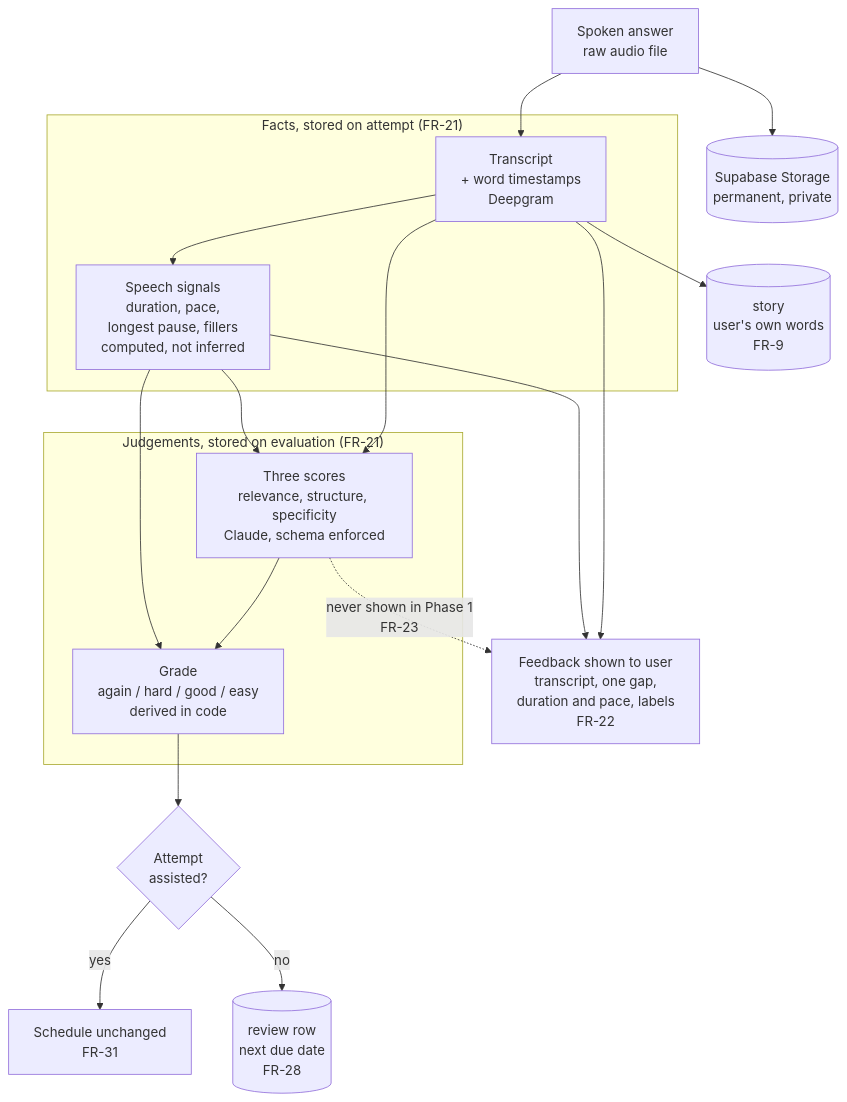
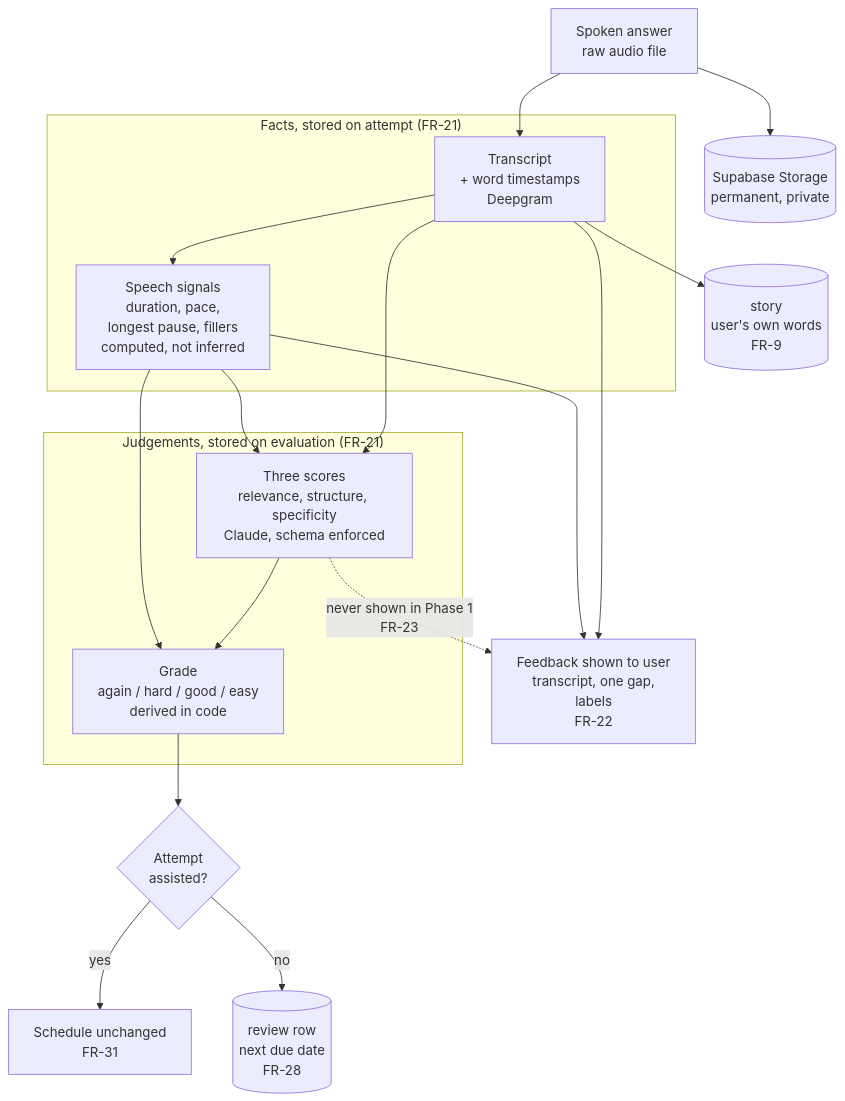
Before and after one commit to deshanekanayaka/retell: the second of 2 diagrams in docs/02-system-architecture.md, drawn with Mermaid. The commit also changed 4 other files, not shown here.

First line of the commit message:
docs: ADR-016, the feedback screen shows no duration or pace

````diff
--- a/docs/02-system-architecture.md
+++ b/docs/02-system-architecture.md
@@ -124,31 +124,31 @@
 ```mermaid
 flowchart TD
     A[Spoken answer<br/>raw audio file] --> ST[(Supabase Storage<br/>permanent, private)]
     A --> T
 
     subgraph FACTS["Facts, stored on attempt (FR-21)"]
         T[Transcript<br/>+ word timestamps<br/>Deepgram]
         SIG[Speech signals<br/>duration, pace,<br/>longest pause, fillers<br/>computed, not inferred]
         T --> SIG
     end
 
     subgraph JUDGE["Judgements, stored on evaluation (FR-21)"]
         SC[Three scores<br/>relevance, structure, specificity<br/>Claude, schema enforced]
         G[Grade<br/>again / hard / good / easy<br/>derived in code]
         SC --> G
     end
 
     T --> SC
     SIG --> SC
     SIG --> G
 
     G --> AS{Attempt<br/>assisted?}
     AS -- yes --> X[Schedule unchanged<br/>FR-31]
     AS -- no --> R[(review row<br/>next due date<br/>FR-28)]
 
-    T --> FB[Feedback shown to user<br/>transcript, one gap,<br/>duration and pace, labels<br/>FR-22]
+    T --> FB[Feedback shown to user<br/>transcript, one gap,<br/>labels<br/>FR-22]
     SIG --> FB
     SC -. never shown in Phase 1<br/>FR-23 .-> FB
 
     T --> STO[(story<br/>user's own words<br/>FR-9)]
 ```
````
